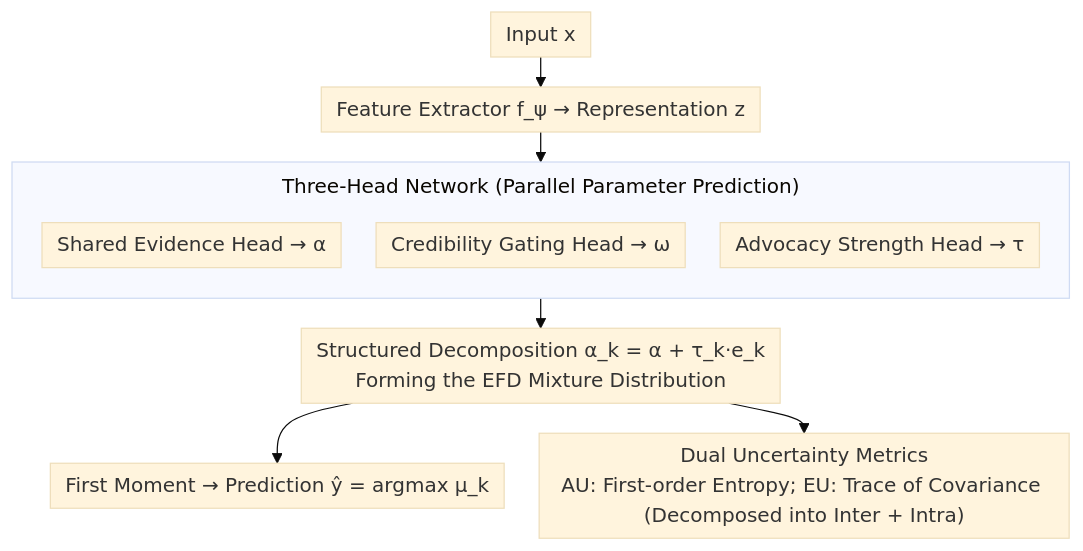
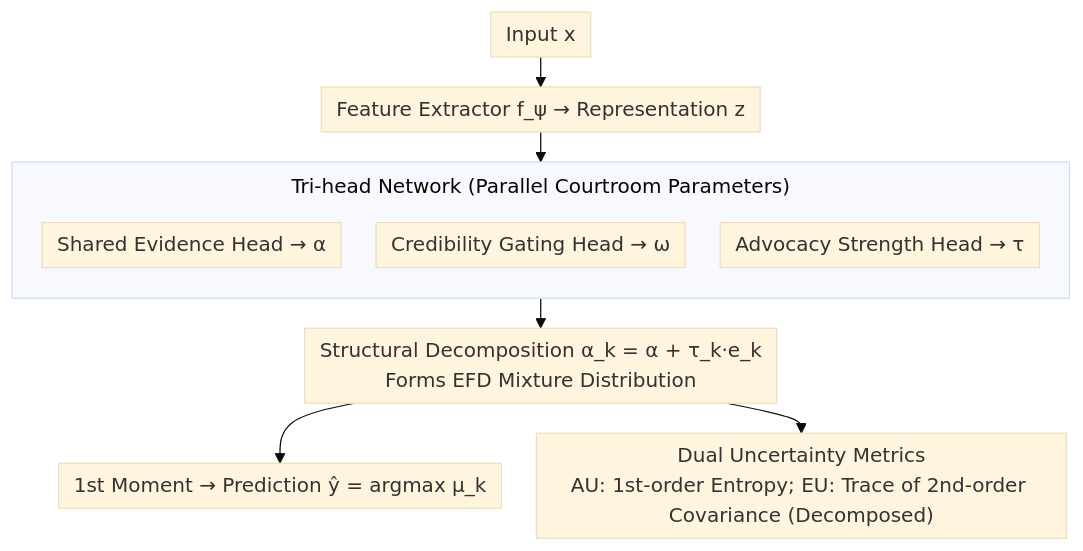
One commit to zhaoyang97/Paper-Notes-en changed the diagram in docs/ICML2026/interpretability/courtroom_analogy_new_perspective_on_uncertainty-aware_classification.md. Above: the diagram before and after it, drawn with Mermaid (base theme). The commit also changed other lines of this file and 5084 other files, not shown here.

````diff
--- a/docs/ICML2026/interpretability/courtroom_analogy_new_perspective_on_uncertainty-aware_classification.md
+++ b/docs/ICML2026/interpretability/courtroom_analogy_new_perspective_on_uncertainty-aware_classification.md
@@ -41,15 +41,15 @@
 ```mermaid
 %%{init: {'flowchart': {'rankSpacing': 24, 'nodeSpacing': 28, 'padding': 6, 'wrappingWidth': 400, 'subGraphTitleMargin': {'top': 8, 'bottom': 16}}}}%%
 flowchart TD
     A["Input x"] --> B["Feature Extractor f_ψ → Representation z"]
-    subgraph H["Three-Head Network (Parallel Parameter Prediction)"]
+    subgraph H["Tri-head Network (Parallel Courtroom Parameters)"]
         direction TB
         C["Shared Evidence Head → α"]
         D["Credibility Gating Head → ω"]
         E["Advocacy Strength Head → τ"]
     end
     B --> H
-    H --> F["Structured Decomposition α_k = α + τ_k·e_k<br/>Forming the EFD Mixture Distribution"]
-    F --> G["First Moment → Prediction ŷ = argmax μ_k"]
-    F --> I["Dual Uncertainty Metrics<br/>AU: First-order Entropy; EU: Trace of Covariance (Decomposed into Inter + Intra)"]
+    H --> F["Structural Decomposition α_k = α + τ_k·e_k<br/>Forms EFD Mixture Distribution"]
+    F --> G["1st Moment → Prediction ŷ = argmax μ_k"]
+    F --> I["Dual Uncertainty Metrics<br/>AU: 1st-order Entropy; EU: Trace of 2nd-order Covariance (Decomposed)"]
 ```
````
